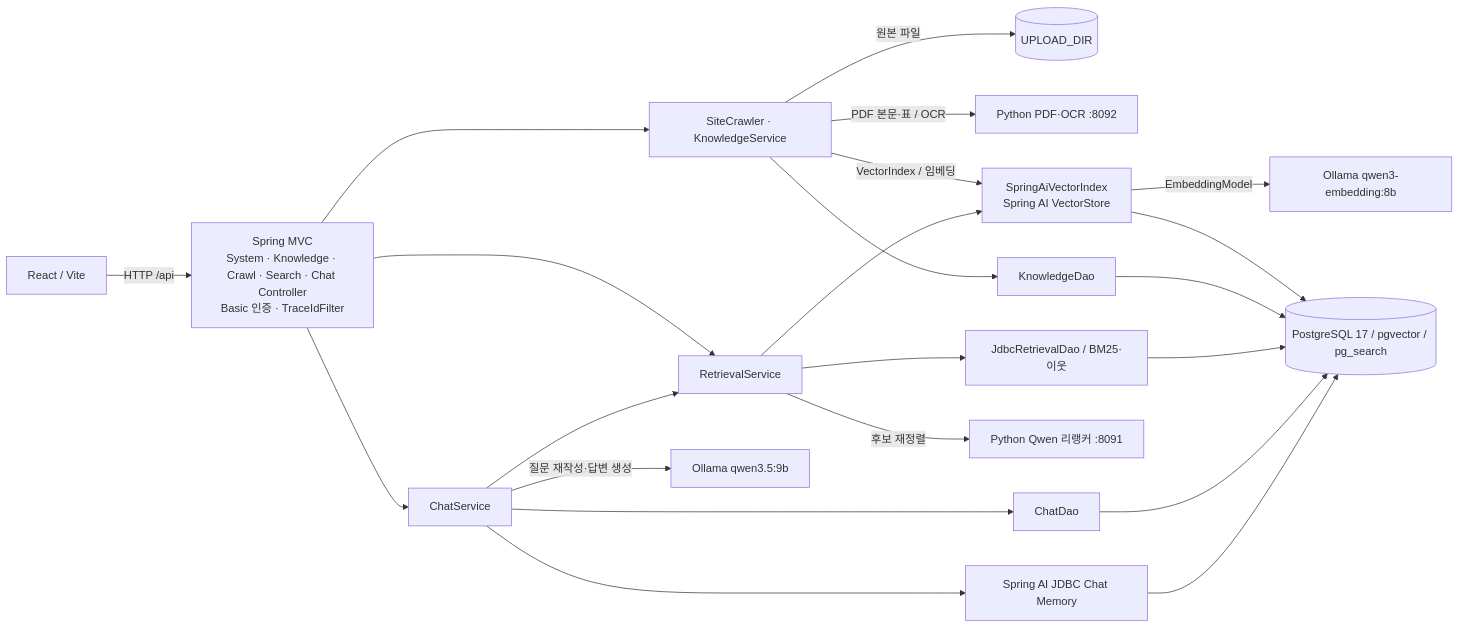
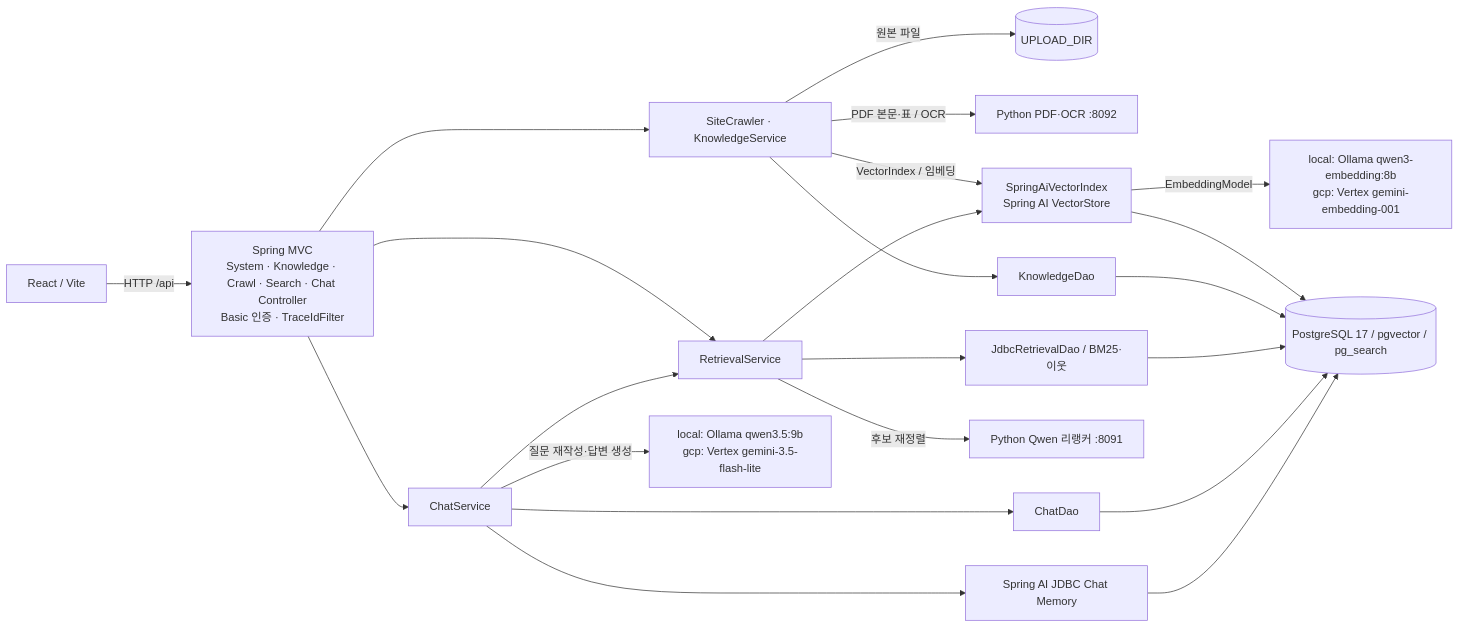
The diagram in docs/Architecture.md (xxriny/spring-ai), drawn with Mermaid before and after one commit. The commit also changed other lines of this file and 50 other files, not shown here.

````diff
--- a/docs/Architecture.md
+++ b/docs/Architecture.md
@@ -16,24 +16,24 @@
 ```mermaid
 flowchart LR
     UI["React / Vite"] -->|"HTTP /api"| API["Spring MVC<br/>System · Knowledge · Crawl · Search · Chat Controller<br/>Basic 인증 · TraceIdFilter"]
     API --> K["SiteCrawler · KnowledgeService"]
     API --> R["RetrievalService"]
     API --> C["ChatService"]
     C --> R
     K -->|"원본 파일"| FS[(UPLOAD_DIR)]
     K -->|"PDF 본문·표 / OCR"| PDF["Python PDF·OCR :8092"]
     K -->|"VectorIndex / 임베딩"| VS["SpringAiVectorIndex<br/>Spring AI VectorStore"]
-    VS -->|"EmbeddingModel"| OL["Ollama qwen3-embedding:8b"]
+    VS -->|"EmbeddingModel"| OL["local: Ollama qwen3-embedding:8b<br/>gcp: Vertex gemini-embedding-001"]
     K --> KD["KnowledgeDao"]
     R --> VS
     R --> RD["JdbcRetrievalDao / BM25·이웃"]
     R -->|"후보 재정렬"| Q["Python Qwen 리랭커 :8091"]
     C --> CD["ChatDao"]
     C --> CM["Spring AI JDBC Chat Memory"]
-    C -->|"질문 재작성·답변 생성"| CHAT["Ollama qwen3.5:9b"]
+    C -->|"질문 재작성·답변 생성"| CHAT["local: Ollama qwen3.5:9b<br/>gcp: Vertex gemini-3.5-flash-lite"]
     VS --> DB[(PostgreSQL 17 / pgvector / pg_search)]
     KD --> DB
     RD --> DB
     CD --> DB
     CM --> DB
 ```
````
